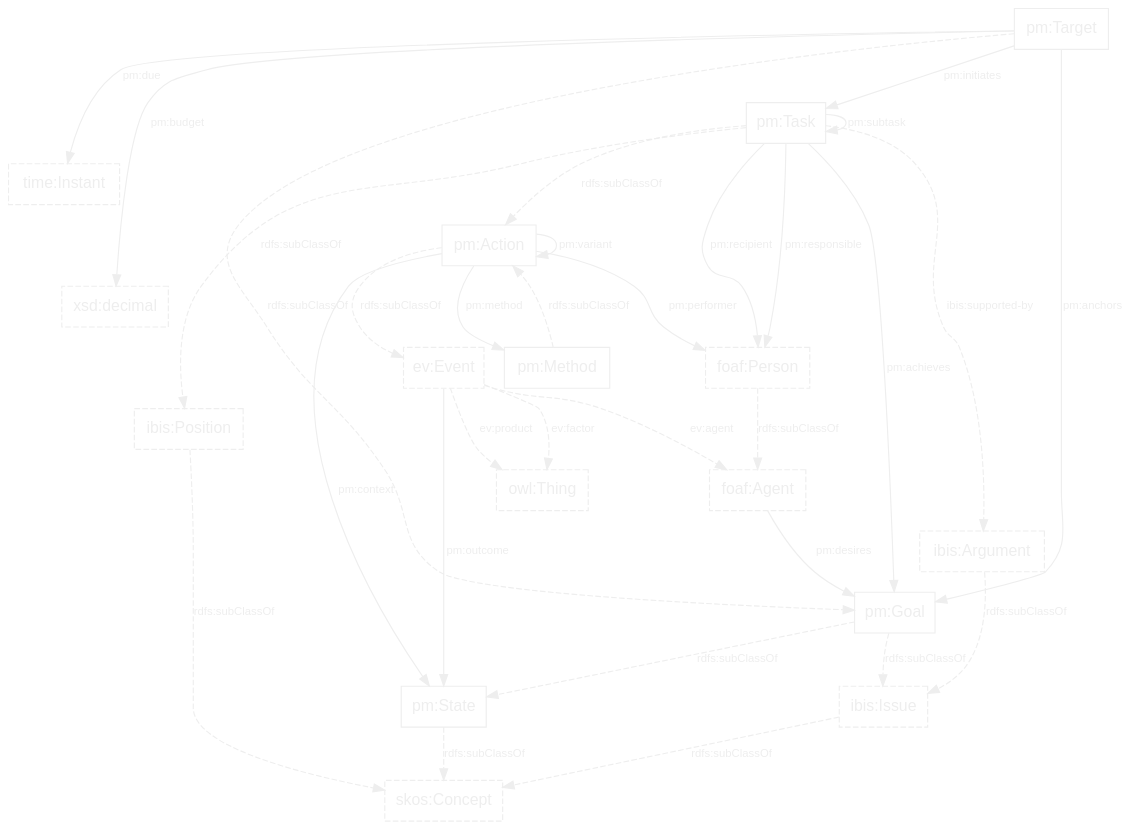
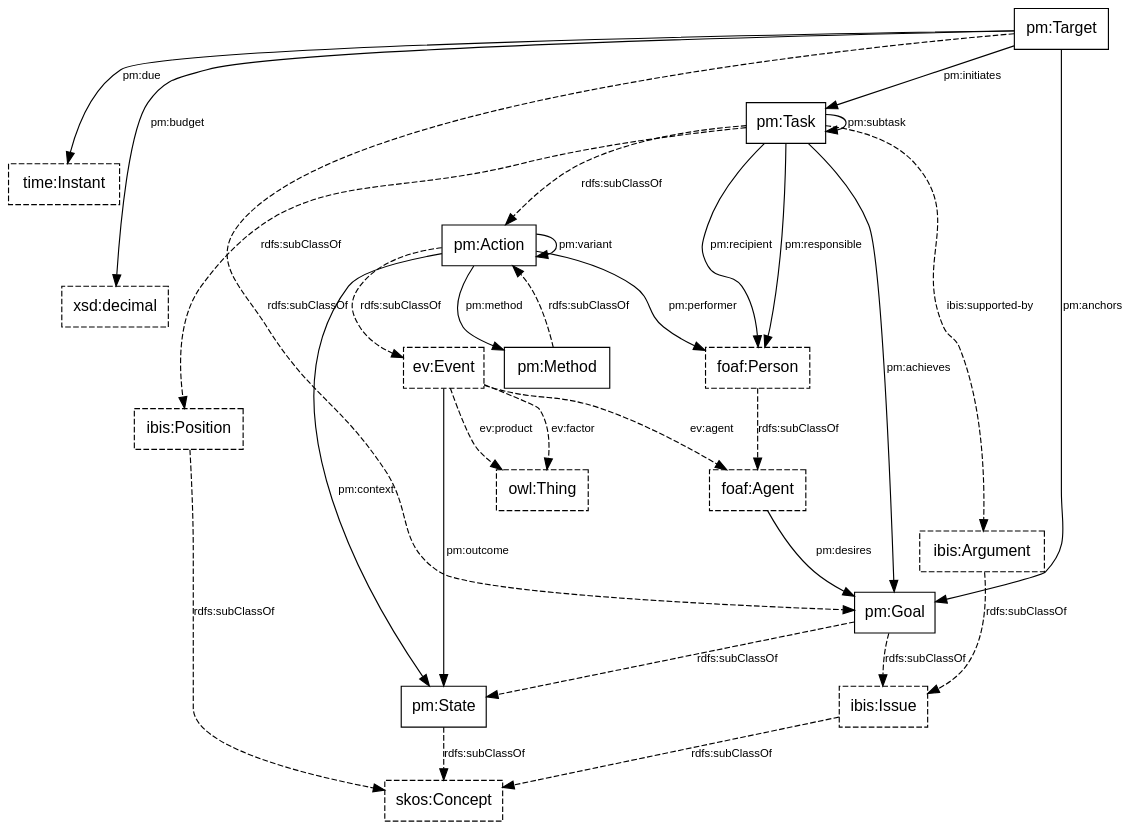
Before and after one commit to doriantaylor/owl-process-model: the diagram in example.dot, drawn with Graphviz.

```diff
--- a/example.dot
+++ b/example.dot
@@ -1,151 +1,151 @@
 digraph {
     graph [bgcolor=transparent,overlap=false];
-    node [shape=box,color="#eeeeee",fontcolor="#eeeeee",fontname="Lucida Grande, Lucida Sans Unicode, sans-serif"];
-    edge [color="#eeeeee",fontcolor="#eeeeee",fontname="Lucida Grande, Lucida Sans Unicode, sans-serif"];
+    node [shape=box,color="#000000",fontcolor="#000000",fontname="Lucida Grande, Lucida Sans Unicode, sans-serif"];
+    edge [color="#000000",fontcolor="#000000",fontname="Lucida Grande, Lucida Sans Unicode, sans-serif"];
     //node [shape=box,color="black",fontcolor="black",fontname="Lucida Grande, Lucida Sans Unicode, sans-serif"];
     //edge [color="black",fontcolor="black",fontname="Lucida Grande, Lucida Sans Unicode, sans-serif"];
 
     foaf_Person [label="foaf:Person", style=dashed];
     foaf_Agent [label="foaf:Agent", style=dashed];
     skos_Concept [label="skos:Concept", style=dashed];
     ev_Event [label="ev:Event", style=dashed];
     //xsd_dateTime [label="xsd:dateTime", style=dashed];
     
     subgraph {
         //graph [rank=same];
         ibis_Issue [label="ibis:Issue", style=dashed];
         ibis_Position [label="ibis:Position", style=dashed];
         ibis_Argument [label="ibis:Argument", style=dashed];
     }
     subgraph {
      ///   graph [rank=same];
      time_Instant [label="time:Instant", style=dashed];
         //time_DurationDescription [label="time:DurationDescription", style=dashed];
     }
     owl_Thing [label="owl:Thing", style=dashed];
     xsd_decimal [label="xsd:decimal", style=dashed];
     
     pm_State [label="pm:State"];
     pm_Goal [label="pm:Goal"];
     pm_Target [label="pm:Target"];
     pm_Action [label="pm:Action"];
     pm_Task [label="pm:Task"];
     pm_Method [label="pm:Method"];
     
     subgraph {
         edge [fontsize=10,concentrate=true];
         //ibis_Issue -> ibis_Issue [label="ibis:specializes"];
         //ibis_Issue -> ibis_Issue [label="ibis:generalizes"];
         //ibis_Issue -> ibis_Issue [label="ibis:replaces"];
         //ibis_Issue -> ibis_Issue [label="ibis:generalizes"];
         
         subgraph {
             edge [label="rdfs:subClassOf", style=dashed];
             pm_Target -> pm_Goal -> pm_State -> skos_Concept;
             pm_Goal -> ibis_Issue -> skos_Concept;
             pm_Method -> pm_Action;
             pm_Task -> pm_Action -> ev_Event;
             pm_Task -> ibis_Position -> skos_Concept;
             ibis_Argument -> ibis_Issue;
             foaf_Person -> foaf_Agent;
         }
         subgraph {
             edge [label="ibis:supported-by", style=dashed];
             pm_Task -> ibis_Argument;
         }
         subgraph {
             edge [label="ev:factor", style=dashed];
             ev_Event -> owl_Thing;
         }
         subgraph {
             edge [label="ev:product", style=dashed];
             ev_Event -> owl_Thing;
         }
         subgraph {
             edge [label="ev:agent", style=dashed];
             ev_Event -> foaf_Agent;
         }
         
         //
         subgraph {
             edge [label="pm:anchors", weight=5];
             pm_Target -> pm_Goal;
         }
         subgraph {
             edge [label="pm:achieves"];
             pm_Task -> pm_Goal;
         }
         subgraph {
             edge [label="pm:subtask"];
             pm_Task -> pm_Task;
         }
         subgraph {
             edge [label="pm:initiates"];
             pm_Target -> pm_Task;
         }
         subgraph {
             edge [label="pm:due", weight=0.5];
             pm_Target -> time_Instant;
         }
         subgraph {
             edge [label="pm:budget", weight=0.5];
             pm_Target -> xsd_decimal;
         }
         subgraph {
             edge [label="pm:desires"];
             //pm_Goal -> foaf_Agent;
             foaf_Agent -> pm_Goal;
         }
         subgraph {
             edge [label="pm:context"];
             pm_Action -> pm_State;
         }
         subgraph {
             edge [label="pm:outcome"];
             ev_Event -> pm_State;
         }
         subgraph {
             edge [label="pm:performer"];
             pm_Action -> foaf_Person;
         }
         subgraph {
             edge [label="pm:responsible"];
             pm_Task -> foaf_Person;
         }
         subgraph {
             edge [label="pm:recipient"];
             pm_Task -> foaf_Person;
         }
         subgraph {
             edge [label="pm:method"];
             pm_Action -> pm_Method;
         }
         subgraph {
             edge [label="pm:variant"];
             pm_Action -> pm_Action;
         }
 
         /*
         subgraph {
             edge [label="pm:context"];
             pm_Action -> owl_Thing;
         }*/
         /*
         subgraph {
             edge [label="pm:expected-duration"];
             pm_Task -> time_DurationDescription;
         }
         subgraph {
             edge [label="pm:actual-duration"];
             pm_Task -> time_DurationDescription;
         }
         subgraph {
             edge [label="pm:expected-result"];
             pm_Task -> owl_Thing;
         }
         subgraph {
             edge [label="pm:actual-result"];
             pm_Task -> owl_Thing;
         }*/
     }
 }
```
